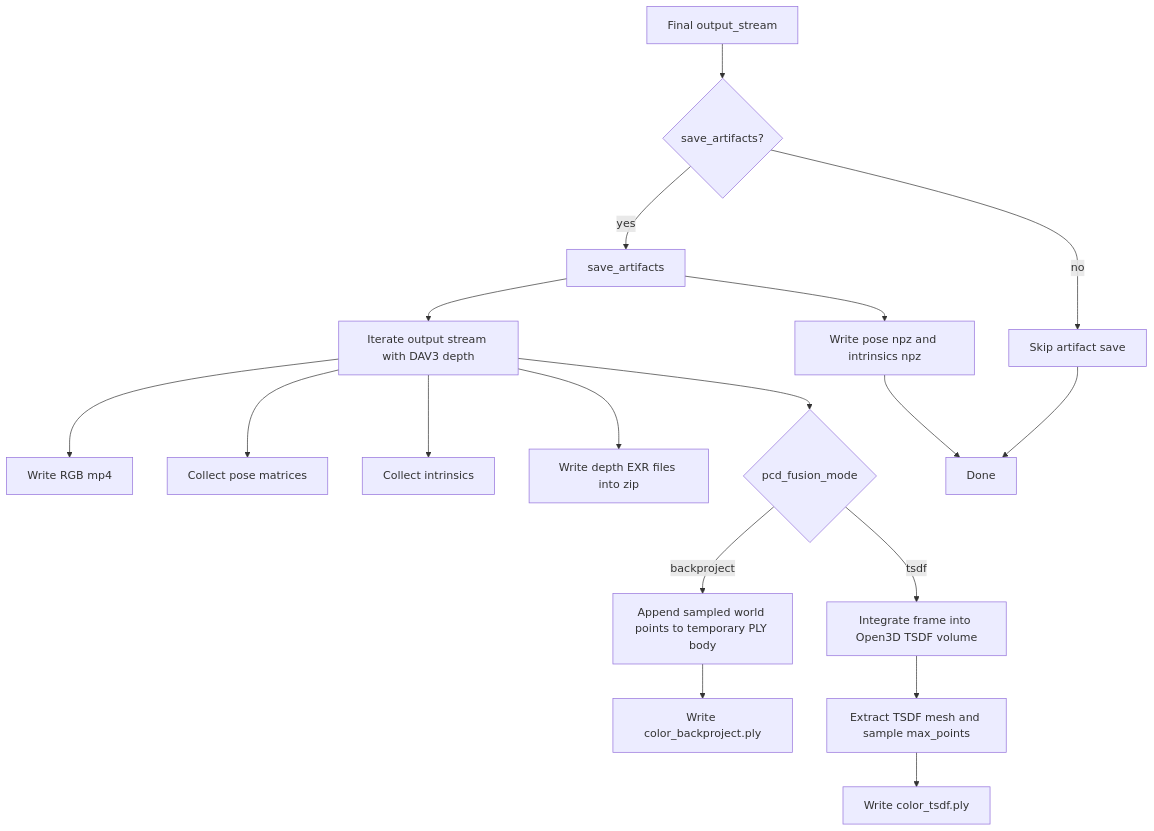
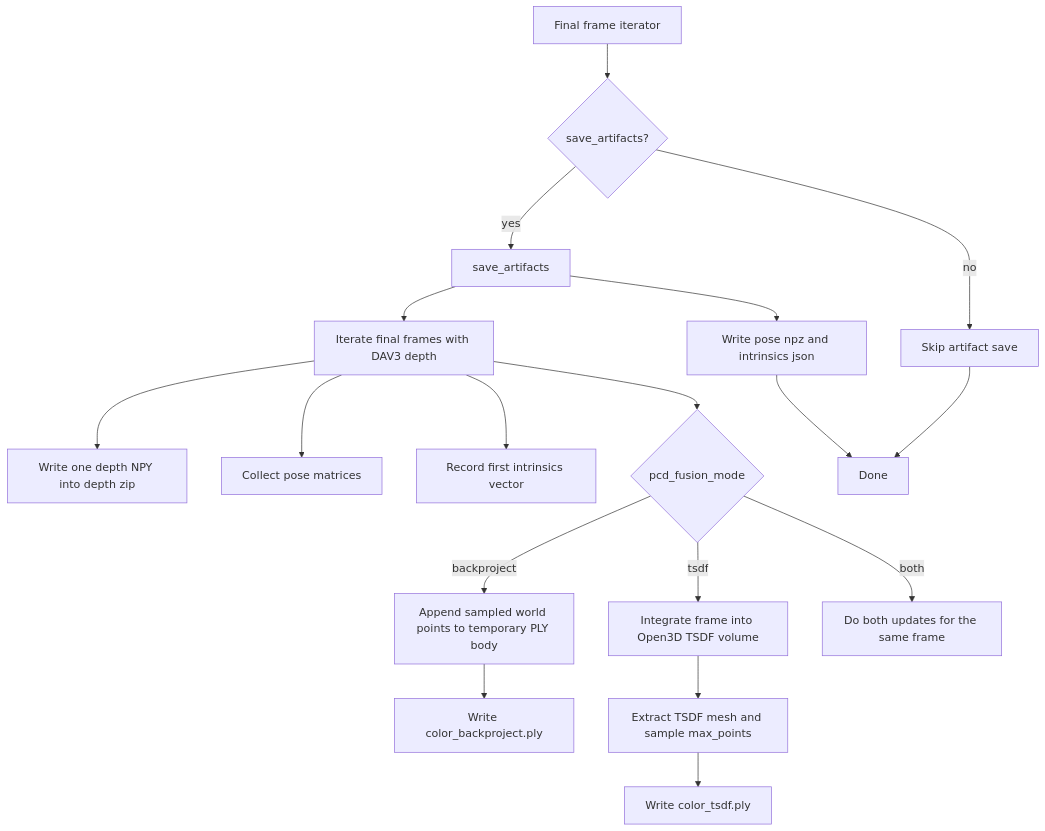
Before and after one commit to sadanand1120/vipe: diagram 12 of 13 in fullexplain.md, drawn with Mermaid. The commit also changed other lines of this file and 12 other files, not shown here.

````diff
--- a/fullexplain.md
+++ b/fullexplain.md
@@ -1985,20 +1973,20 @@
 ```mermaid
 flowchart TD
-    A[Final output_stream] --> B{save_artifacts?}
+    A[Final frame iterator] --> B{save_artifacts?}
     B -->|yes| C[save_artifacts]
     B -->|no| D[Skip artifact save]
-    C --> E[Iterate output stream with DAV3 depth]
-    E --> F[Write RGB mp4]
+    C --> E[Iterate final frames with DAV3 depth]
+    E --> F[Write one depth NPY into depth zip]
     E --> G[Collect pose matrices]
-    E --> H[Collect intrinsics]
-    E --> I[Write depth EXR files into zip]
+    E --> H[Record first intrinsics vector]
     E --> J{pcd_fusion_mode}
     J -->|backproject| L[Append sampled world points to temporary PLY body]
     J -->|tsdf| M[Integrate frame into Open3D TSDF volume]
+    J -->|both| R[Do both updates for the same frame]
     L --> N[Write color_backproject.ply]
     M --> O[Extract TSDF mesh and sample max_points]
     O --> P[Write color_tsdf.ply]
-    C --> Q[Write pose npz and intrinsics npz]
+    C --> Q[Write pose npz and intrinsics json]
     D --> T[Done]
     Q --> T
 ```
````
